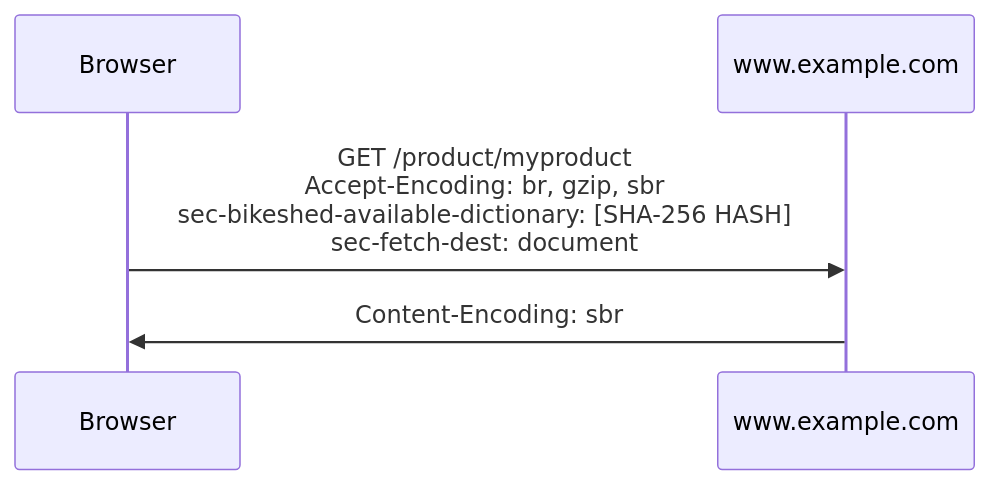
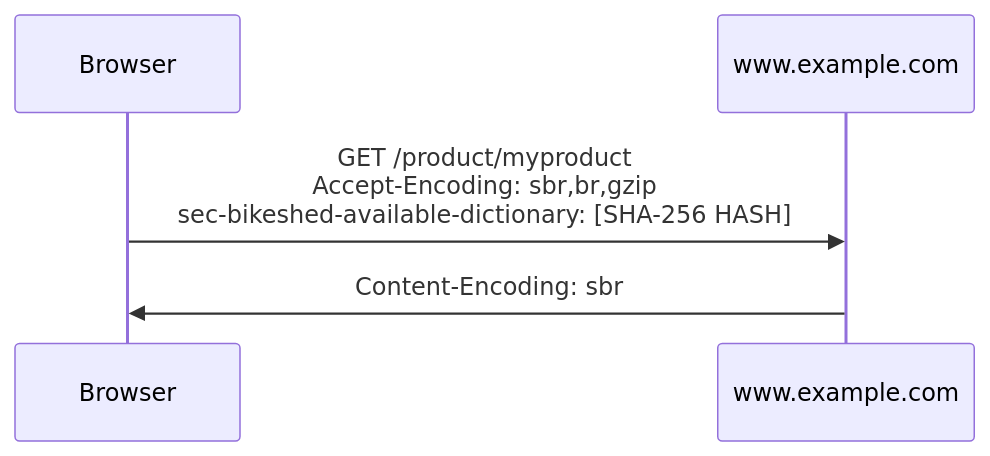
One commit to WICG/compression-dictionary-transport changed the fourth of 4 diagrams in README.md. Above: the diagram before and after it, drawn with Mermaid. The commit also changed other lines of this file, not shown here.

````diff
--- a/README.md
+++ b/README.md
@@ -234,5 +236,5 @@
 ```mermaid
 sequenceDiagram
-Browser->>www.example.com: GET /product/myproduct<br/>Accept-Encoding: br, gzip, sbr<br/>sec-bikeshed-available-dictionary: [SHA-256 HASH]<br/>sec-fetch-dest: document
+Browser->>www.example.com: GET /product/myproduct<br/>Accept-Encoding: sbr,br,gzip<br/>sec-bikeshed-available-dictionary: [SHA-256 HASH]
 www.example.com->>Browser: Content-Encoding: sbr
 ```
````
